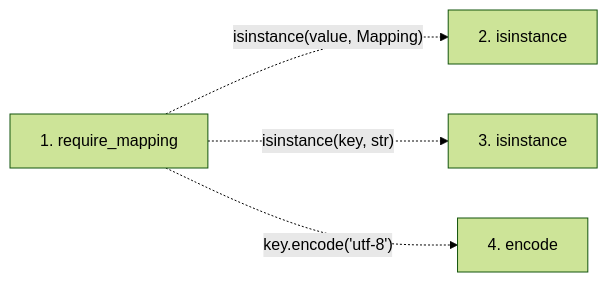
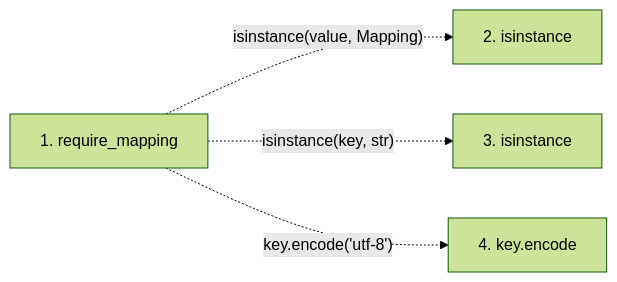
Before and after one commit to Denissvgn/python-wiki-llm: the second of 2 diagrams in docs/llm_wiki/flows/api-require_mapping.md, drawn with Mermaid (forest theme). The commit also changed other lines of this file and 719 other files, not shown here.

````diff
--- a/docs/llm_wiki/flows/api-require_mapping.md
+++ b/docs/llm_wiki/flows/api-require_mapping.md
@@ -23,11 +23,11 @@
 ```mermaid
 flowchart LR
     s1["1. require_mapping"]
     s2["2. isinstance"]
     s3["3. isinstance"]
-    s4["4. encode"]
+    s4["4. key.encode"]
     s1 -. "isinstance(value, Mapping)" .-> s2
     s1 -. "isinstance(key, str)" .-> s3
     s1 -. "key.encode('utf-8')" .-> s4
     click s1 "../modules/validation.md"
 ```
````
